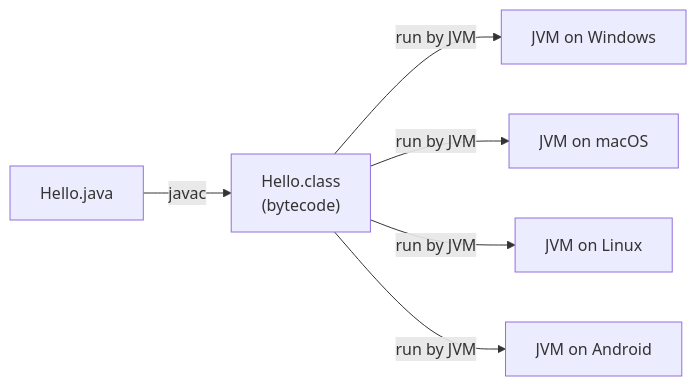
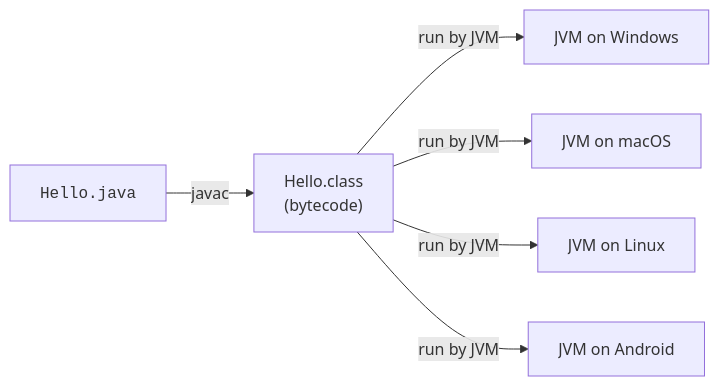
Before and after one commit to dataslope/dataslope: the second of 3 diagrams in content/learn/java-programming-for-beginners/write-once-run-anywhere.mdx, drawn with Mermaid. The commit also changed other lines of this file and 153 other files, not shown here.

First line of the commit message:
Render code-only mermaid shapes in monospace; convert step sequences to Steps

````diff
--- a/content/learn/java-programming-for-beginners/write-once-run-anywhere.mdx
+++ b/content/learn/java-programming-for-beginners/write-once-run-anywhere.mdx
@@ -49,9 +49,9 @@
 ```mermaid
 flowchart LR
-    Src["Hello.java"]
+    Src["<code>Hello.java</code>"]
     Src -->|javac| BC["Hello.class<br/>(bytecode)"]
     BC -->|run by JVM| W[JVM on Windows]
     BC -->|run by JVM| M[JVM on macOS]
     BC -->|run by JVM| L[JVM on Linux]
     BC -->|run by JVM| A[JVM on Android]
 ```
````
